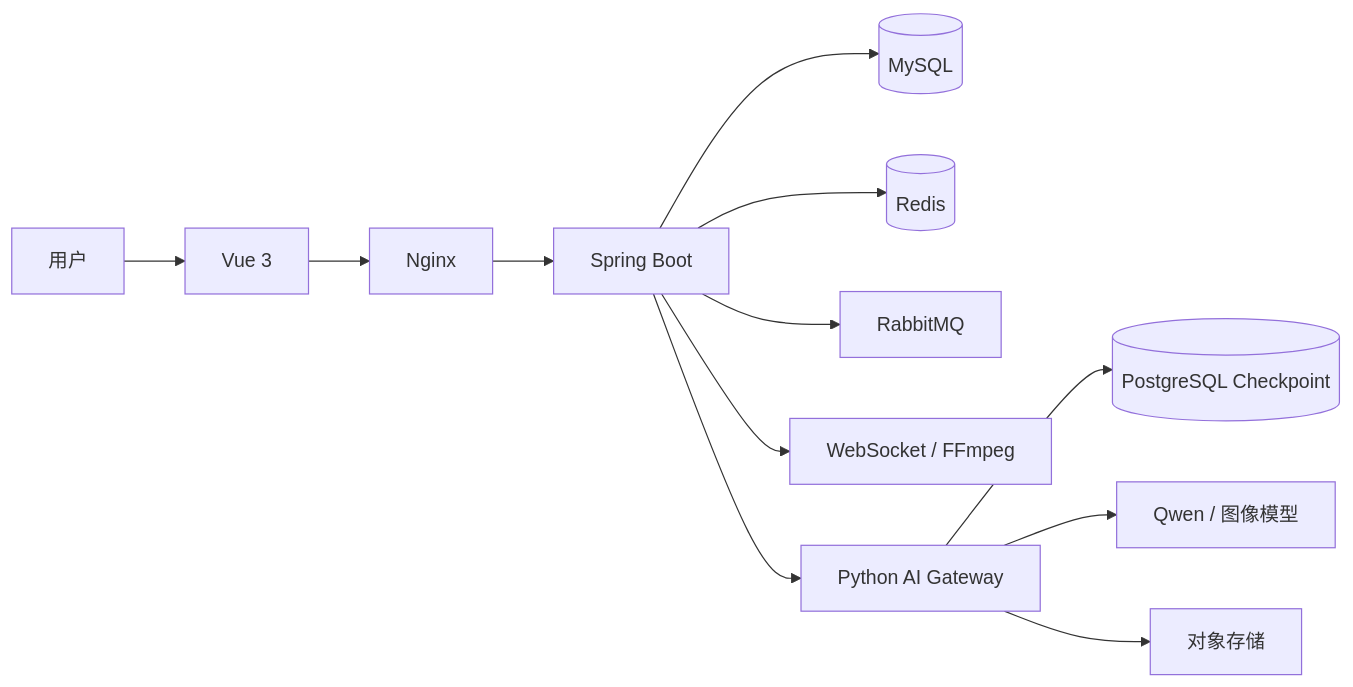
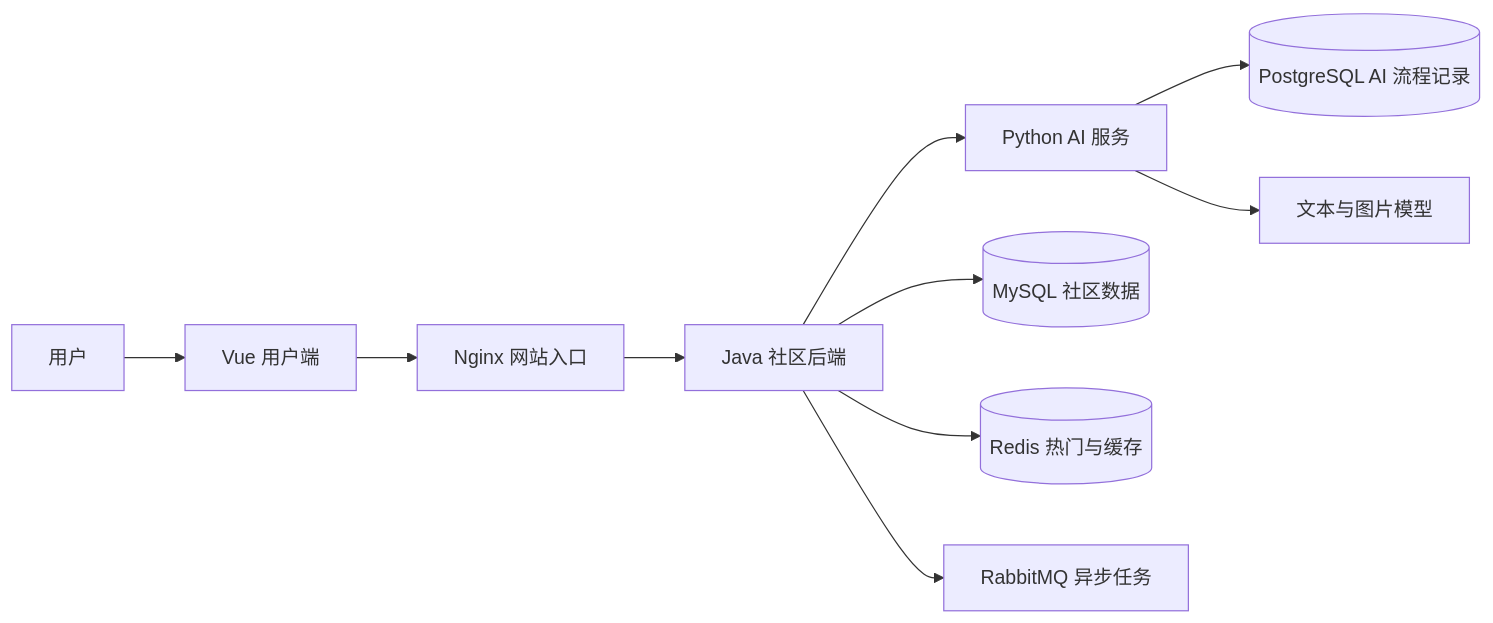
The first of 12 diagrams in README.md (pluchon/mengmeng_forum), drawn with Mermaid before and after one commit. The commit also changed other lines of this file and 25 other files, not shown here.

````diff
--- a/README.md
+++ b/README.md
@@ -27,12 +20,12 @@
 ```mermaid
 flowchart LR
-  U["用户"] --> F["Vue 3"] --> N["Nginx"] --> J["Spring Boot"]
-  J --> M[("MySQL")]
-  J --> R[("Redis")]
-  J --> Q["RabbitMQ"]
-  J --> W["WebSocket / FFmpeg"]
-  J --> A["Python AI Gateway"]
-  A --> P[("PostgreSQL Checkpoint")]
-  A --> L["Qwen / 图像模型"]
-  A --> O["对象存储"]
+  U["用户"] --> F["Vue 用户端"]
+  F --> N["Nginx 网站入口"]
+  N --> J["Java 社区后端"]
+  J --> A["Python AI 服务"]
+  J --> D[("MySQL 社区数据")]
+  J --> R[("Redis 热门与缓存")]
+  J --> Q["RabbitMQ 异步任务"]
+  A --> P[("PostgreSQL AI 流程记录")]
+  A --> L["文本与图片模型"]
 ```
````
